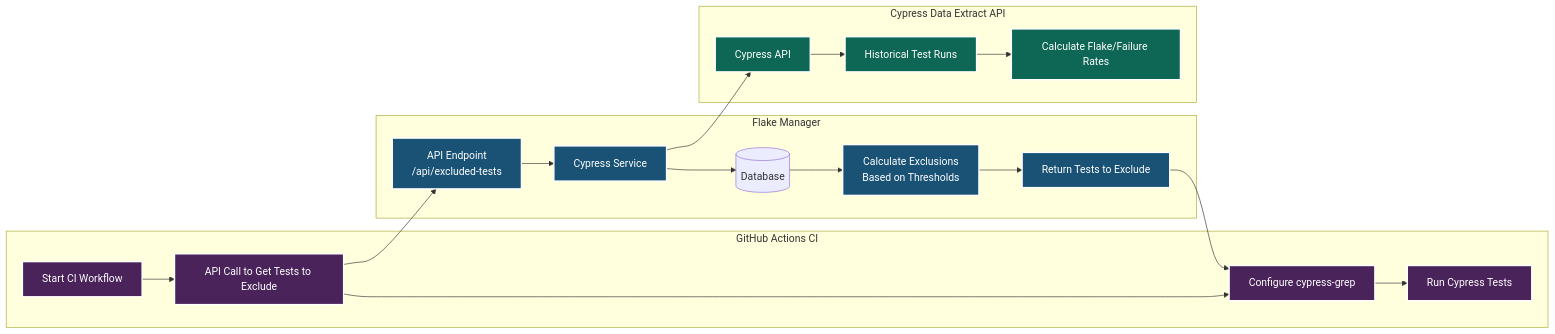
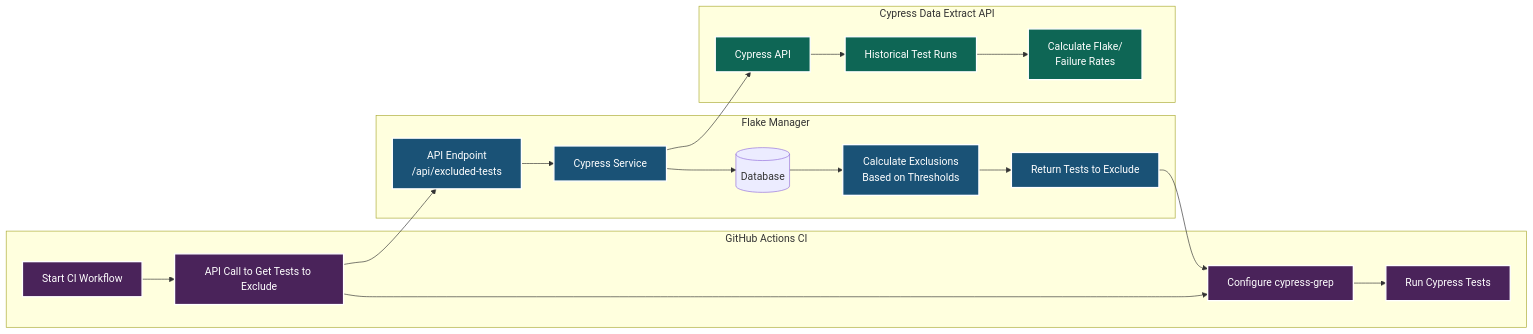
One commit to malinmalliyawadu/FlakeManager changed the second of 3 diagrams in docs/flake-manager-workflow.md. Above: the diagram before and after it, drawn with Mermaid. The commit also changed other lines of this file, not shown here.

Commit message:
Refactor flowchart text formatting in flake-manager workflow documentation
- Updated flowchart node labels to improve readability by breaking long lines into multiple lines.
- Enhanced clarity of the flowchart by ensuring consistent formatting across all nodes.

````diff
--- a/docs/flake-manager-workflow.md
+++ b/docs/flake-manager-workflow.md
@@ -40,51 +42,54 @@
 ```mermaid
 flowchart LR
     %% GitHub Actions CI process
     subgraph "GitHub Actions CI"
         start[Start CI Workflow]
         getExclusions[API Call to Get Tests to Exclude]
         configGrep[Configure cypress-grep]
         runTests[Run Cypress Tests]
 
         start --> getExclusions
         getExclusions --> configGrep
         configGrep --> runTests
     end
 
     %% Flake Manager application
     subgraph "Flake Manager"
-        api[API Endpoint\n/api/excluded-tests]
+        api["API Endpoint
+        /api/excluded-tests"]
         service[Cypress Service]
         db[(Database)]
-        calc[Calculate Exclusions\nBased on Thresholds]
+        calc["Calculate Exclusions
+        Based on Thresholds"]
 
         api --> service
         service --> db
         db --> calc
         calc --> response[Return Tests to Exclude]
     end
 
     %% Cypress Data Extract API
     subgraph "Cypress Data Extract API"
         cypressAPI[Cypress API]
         testHistory[Historical Test Runs]
-        flakeAnalysis[Calculate Flake/Failure Rates]
+        flakeAnalysis["Calculate Flake/
+        Failure Rates"]
 
         cypressAPI --> testHistory
         testHistory --> flakeAnalysis
     end
 
     %% Flow between systems
     getExclusions --> api
     response --> configGrep
     service --> cypressAPI
 
     %% Styling - adjusted for dark mode readability
     classDef ghactions fill:#4a235a,stroke:#ffffff,stroke-width:2px,color:#ffffff
     classDef flakemanager fill:#1a5276,stroke:#ffffff,stroke-width:2px,color:#ffffff
     classDef cypress fill:#0e6655,stroke:#ffffff,stroke-width:2px,color:#ffffff
 
     class start,getExclusions,configGrep,runTests ghactions
     class api,service,calc,response flakemanager
     class cypressAPI,testHistory,flakeAnalysis cypress
 ```
````
